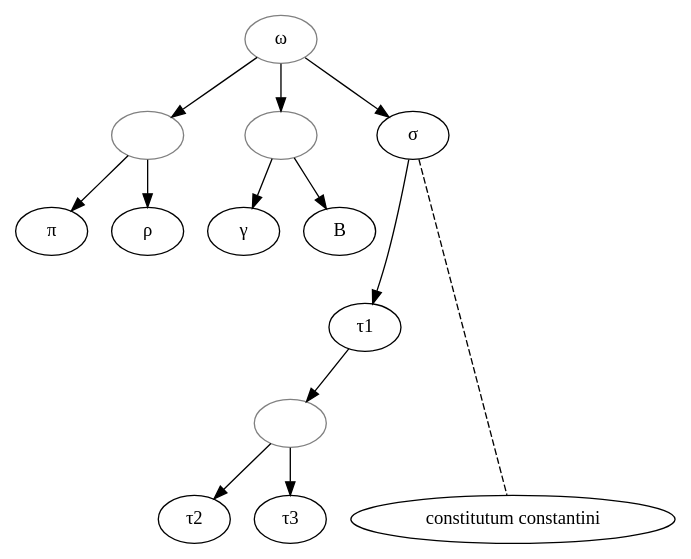
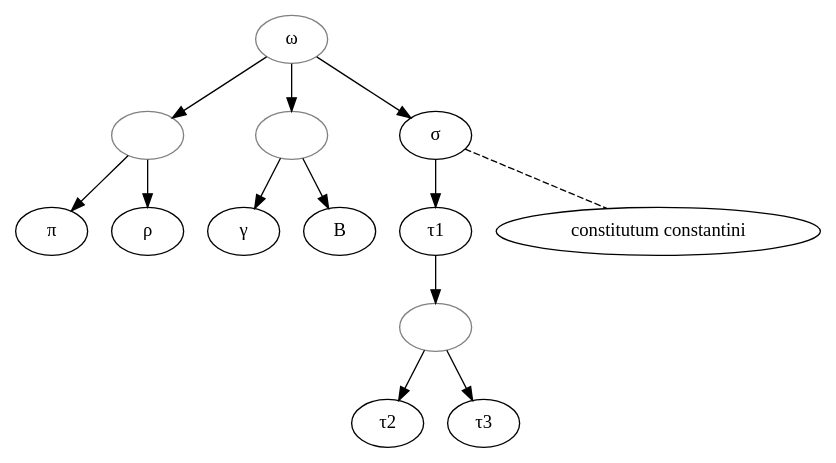
One commit to OpenStemmata/database changed the diagram in data/lat/VanEgmond_2015_FidesSanctiAmbrosii/stemma.gv. Above: the diagram before and after it, drawn with Graphviz.

```diff
--- a/data/lat/VanEgmond_2015_FidesSanctiAmbrosii/stemma.gv
+++ b/data/lat/VanEgmond_2015_FidesSanctiAmbrosii/stemma.gv
@@ -1,33 +1,33 @@
 
 
 
 digraph {
-    omega ->1[minlen=1 ]; 
+    omega ->1; 
     omega ->2;
-    omega ->sigma[minlen=1];
+    omega ->sigma;
     1 -> pi;
     1 -> rho;
     2->gamma;
     2->B;
-    sigma->tauone[minlen=2];
-    sigma->constitutumconstantini [dir=none, style="dashed",minlen=4];
+    sigma->tauone;
+    sigma->constitutumconstantini [dir=none, style="dashed"];
     tauone-> 3
     3->tautwo;
     3->tauthree;
     
     omega [color="grey", label="ω"];
     pi[label="π"]; 
     rho[label="ρ"];
     sigma[label="σ"];
     tauone[label="τ1"];
     tautwo[label="τ2"];
     tauthree[label="τ3"];
     gamma[label="γ"];
     B[label="B"];
     constitutumconstantini[label="constitutum constantini"];
     1[label="", color="grey"];
     2[label="", color="grey"];
     3[label="", color="grey"];
     
 
 }
```
